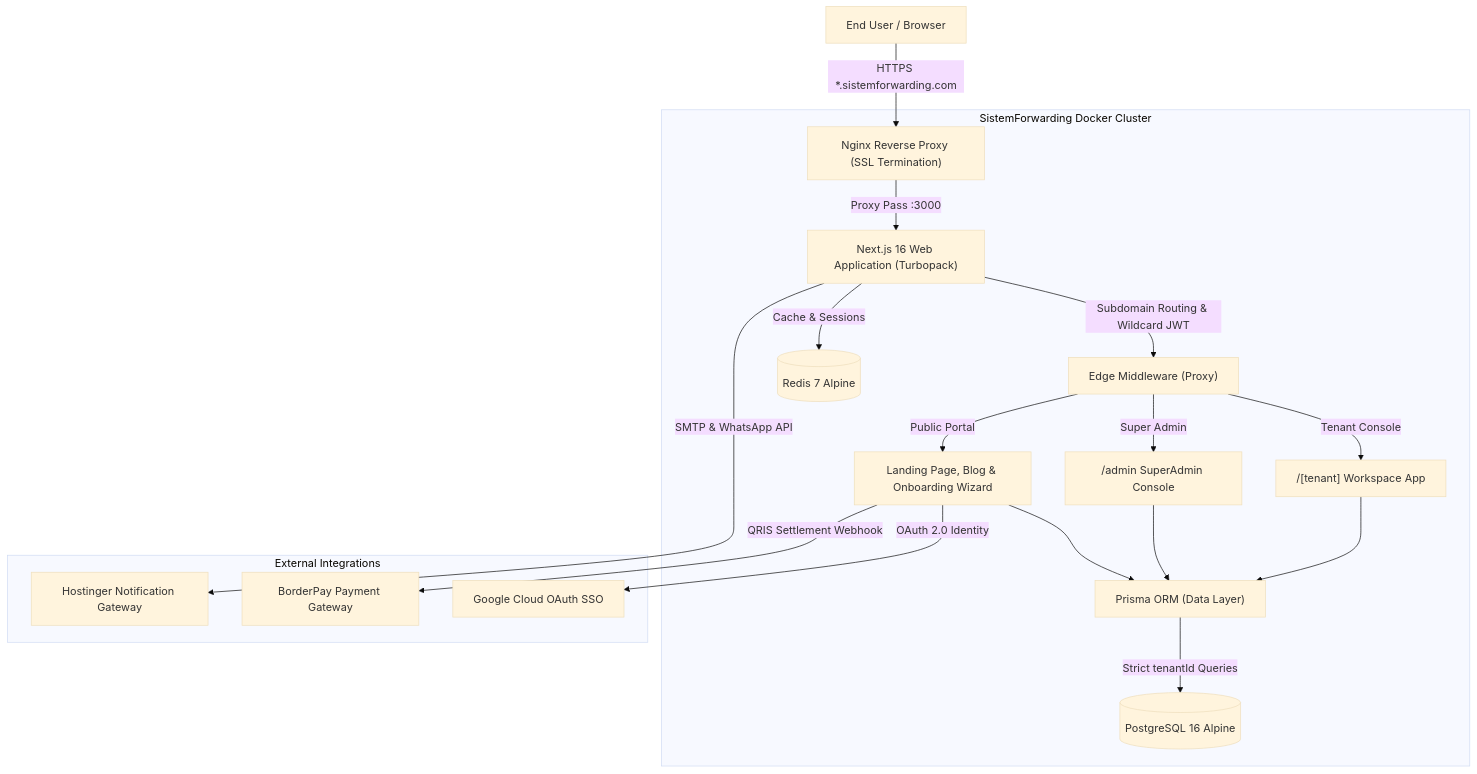
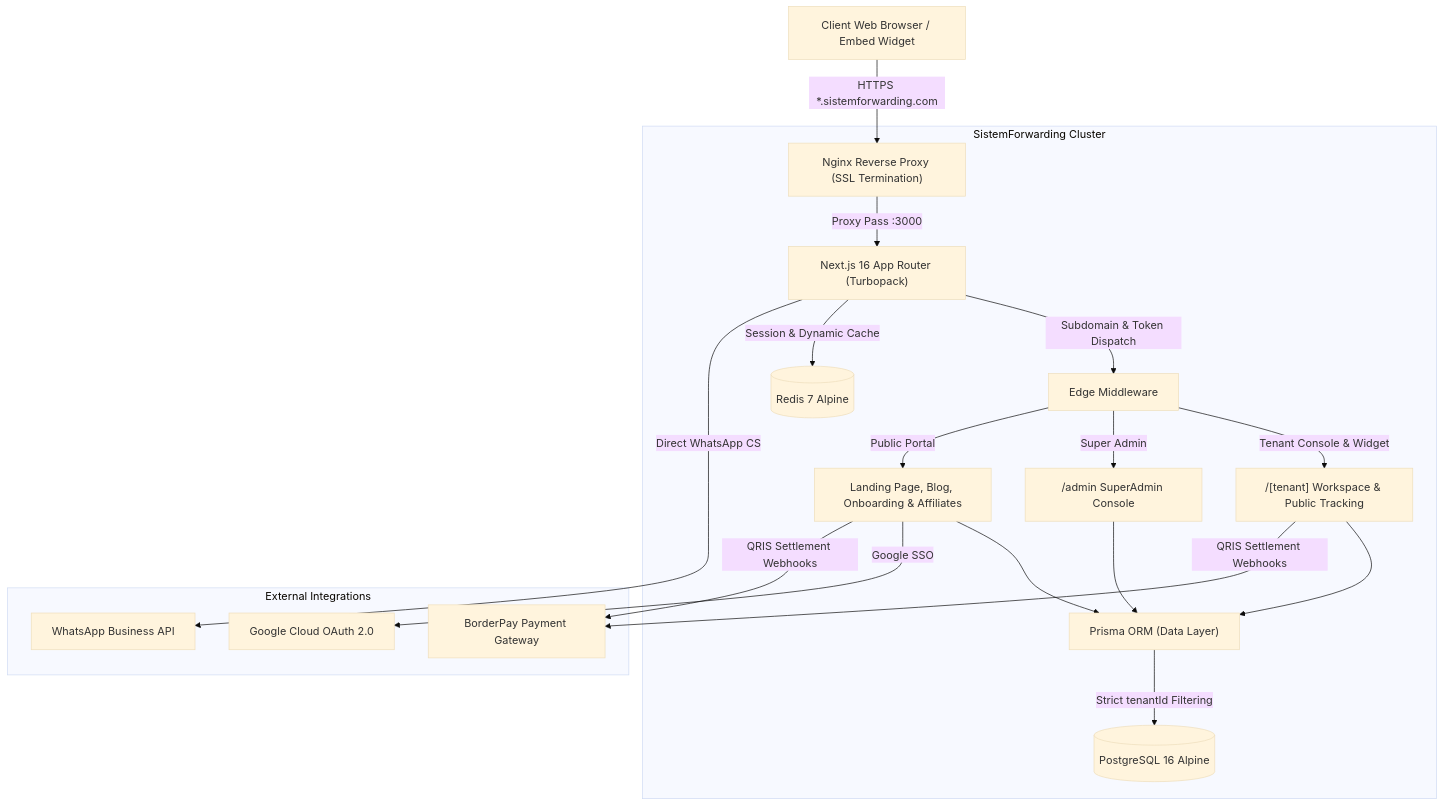
Before and after one commit to nopecode96/sistemforwarding.com: the diagram in README.md, drawn with Mermaid (base theme). The commit also changed other lines of this file and 126 other files, not shown here.

First line of the commit message:
feat: release v2.0.0 - Forwarding & Broker ERP, Public Tracking Widget, Dynamic Pricing, and System Updates

````diff
--- a/README.md
+++ b/README.md
@@ -32,26 +89,26 @@
 ```mermaid
 flowchart TD
-    User["End User / Browser"] -->|HTTPS *.sistemforwarding.com| Nginx["Nginx Reverse Proxy (SSL Termination)"]
+    Client["Client Web Browser / Embed Widget"] -->|HTTPS *.sistemforwarding.com| Nginx["Nginx Reverse Proxy (SSL Termination)"]
     
-    subgraph Infrastructure ["SistemForwarding Docker Cluster"]
-        Nginx -->|Proxy Pass :3000| NextApp["Next.js 16 Web Application (Turbopack)"]
+    subgraph Infrastructure ["SistemForwarding Cluster"]
+        Nginx -->|Proxy Pass :3000| NextApp["Next.js 16 App Router (Turbopack)"]
         
-        NextApp -->|Subdomain Routing & Wildcard JWT| EdgeMW["Edge Middleware (Proxy)"]
-        EdgeMW -->|Tenant Console| TenantRoutes["/[tenant] Workspace App"]
+        NextApp -->|Subdomain & Token Dispatch| EdgeMW["Edge Middleware"]
+        EdgeMW -->|Tenant Console & Widget| TenantRoutes["/[tenant] Workspace & Public Tracking"]
         EdgeMW -->|Super Admin| AdminRoutes["/admin SuperAdmin Console"]
-        EdgeMW -->|Public Portal| PublicRoutes["Landing Page, Blog & Onboarding Wizard"]
+        EdgeMW -->|Public Portal| PublicRoutes["Landing Page, Blog, Onboarding & Affiliates"]
         
         TenantRoutes --> Prisma["Prisma ORM (Data Layer)"]
         AdminRoutes --> Prisma
         PublicRoutes --> Prisma
         
-        Prisma -->|Strict tenantId Queries| Postgres[("PostgreSQL 16 Alpine")]
-        NextApp -->|Cache & Sessions| Redis[("Redis 7 Alpine")]
+        Prisma -->|Strict tenantId Filtering| Postgres[("PostgreSQL 16 Alpine")]
+        NextApp -->|Session & Dynamic Cache| Redis[("Redis 7 Alpine")]
     end
     
-    subgraph ExternalServices ["External Integrations"]
-        PublicRoutes -->|OAuth 2.0 Identity| Google["Google Cloud OAuth SSO"]
-        PublicRoutes -->|QRIS Settlement Webhook| BorderPay["BorderPay Payment Gateway"]
-        NextApp -->|SMTP & WhatsApp API| Hostinger["Hostinger Notification Gateway"]
+    subgraph ExternalIntegrations ["External Integrations"]
+        PublicRoutes -->|Google SSO| Google["Google Cloud OAuth 2.0"]
+        PublicRoutes & TenantRoutes -->|QRIS Settlement Webhooks| BorderPay["BorderPay Payment Gateway"]
+        NextApp -->|Direct WhatsApp CS| WhatsApp["WhatsApp Business API"]
     end
 ```
````
